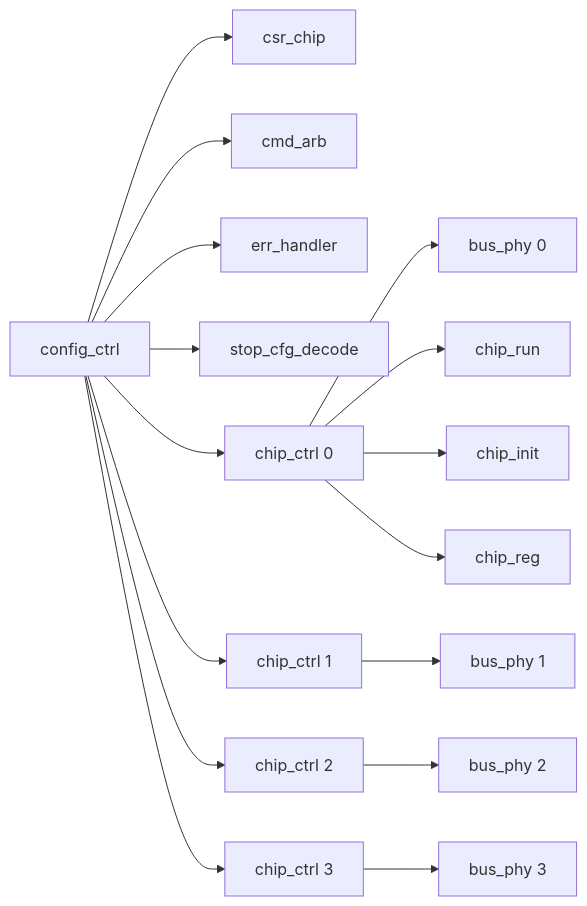
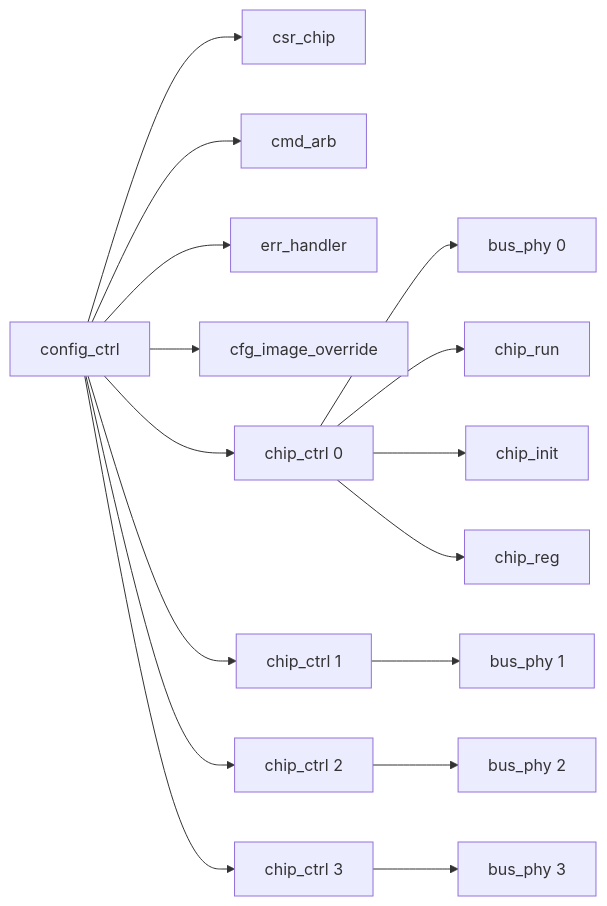
One commit to haneulia/tdc_gpx_ctrl changed the fourth of 15 diagrams in Doc/tdc_gpx_top_신호처리_상세_사용_설명서.md. Above: the diagram before and after it, drawn with Mermaid. The commit also changed other lines of this file and 2 other files, not shown here.

````diff
--- a/Doc/tdc_gpx_top_신호처리_상세_사용_설명서.md
+++ b/Doc/tdc_gpx_top_신호처리_상세_사용_설명서.md
@@ -186,19 +187,19 @@
 ```mermaid
 flowchart LR
     CFG["config_ctrl"] --> CSR["csr_chip"]
     CFG --> CMD["cmd_arb"]
     CFG --> EH["err_handler"]
-    CFG --> SD["stop_cfg_decode"]
+    CFG --> CO["cfg_image_override"]
     CFG --> BC0["chip_ctrl 0"]
     CFG --> BC1["chip_ctrl 1"]
     CFG --> BC2["chip_ctrl 2"]
     CFG --> BC3["chip_ctrl 3"]
     BC0 --> BP0["bus_phy 0"]
     BC1 --> BP1["bus_phy 1"]
     BC2 --> BP2["bus_phy 2"]
     BC3 --> BP3["bus_phy 3"]
 
     BC0 --> RUN0["chip_run"]
     BC0 --> INIT0["chip_init"]
     BC0 --> REG0["chip_reg"]
 ```
````
